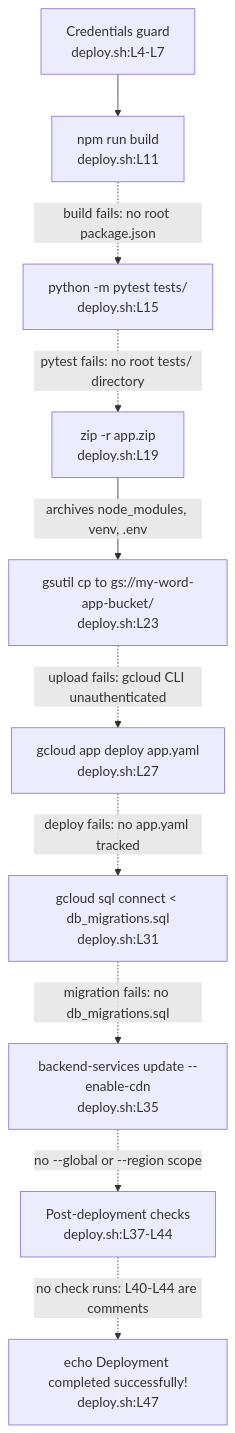
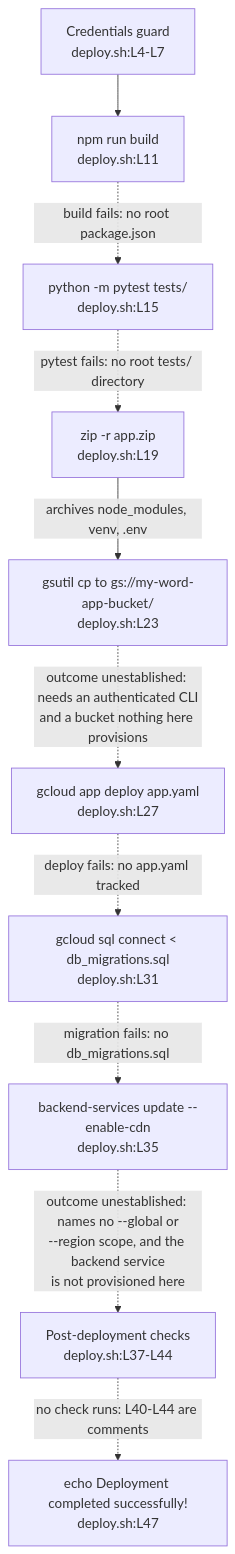
One commit to blitzy-public-samples/microsoft-word-u33ko0 changed the diagram in scripts/README.md. Above: the diagram before and after it, drawn with Mermaid. The commit also changed other lines of this file and 50 other files, not shown here.

````diff
--- a/scripts/README.md
+++ b/scripts/README.md
@@ -114,16 +116,17 @@
 ```mermaid
 flowchart TD
     accTitle: The deploy.sh stage sequence and the blocker at each stage
     accDescr: A deployment run executes eight stages in fixed line order from deploy.sh:L4 to deploy.sh:L47. Seven of the eight fail against the committed repository. A dashed edge leaves a stage that fails, and its label names the reason. The run continues across every failure because nothing checks an exit status.
     G["Credentials guard<br/>deploy.sh:L4-L7"] --> B["npm run build<br/>deploy.sh:L11"]
     B -.->|"build fails: no root package.json"| T["python -m pytest tests/<br/>deploy.sh:L15"]
     T -.->|"pytest fails: no root tests/ directory"| Z["zip -r app.zip<br/>deploy.sh:L19"]
     Z -->|"archives node_modules, venv, .env"| U["gsutil cp to gs://my-word-app-bucket/<br/>deploy.sh:L23"]
-    U -.->|"upload fails: gcloud CLI unauthenticated"| D["gcloud app deploy app.yaml<br/>deploy.sh:L27"]
-    D -.->|"deploy fails: no app.yaml tracked"| M["gcloud sql connect < db_migrations.sql<br/>deploy.sh:L31"]
+    U -.->|"outcome unestablished: needs an authenticated CLI<br/>and a bucket nothing here provisions"| D["gcloud app deploy app.yaml<br/>deploy.sh:L27"]
+    D -.->|"deploy fails: no app.yaml tracked"| M["gcloud sql connect &lt; db_migrations.sql<br/>deploy.sh:L31"]
     M -.->|"migration fails: no db_migrations.sql"| C["backend-services update --enable-cdn<br/>deploy.sh:L35"]
-    C -.->|"no --global or --region scope"| P["Post-deployment checks<br/>deploy.sh:L37-L44"]
+    C -.->|"outcome unestablished: names no --global or<br/>--region scope, and the backend service<br/>is not provisioned here"| P["Post-deployment checks<br/>deploy.sh:L37-L44"]
     P -.->|"no check runs: L40-L44 are comments"| S["echo Deployment completed successfully!<br/>deploy.sh:L47"]
-%% A dashed edge leaves a stage that fails against the committed repository.
-%% The run continues across it because nothing checks an exit status.
+%% A dashed edge leaves a stage that either fails against the committed repository
+%% or has an outcome this repository cannot establish. The run continues across it
+%% because nothing checks an exit status.
 ```
````
